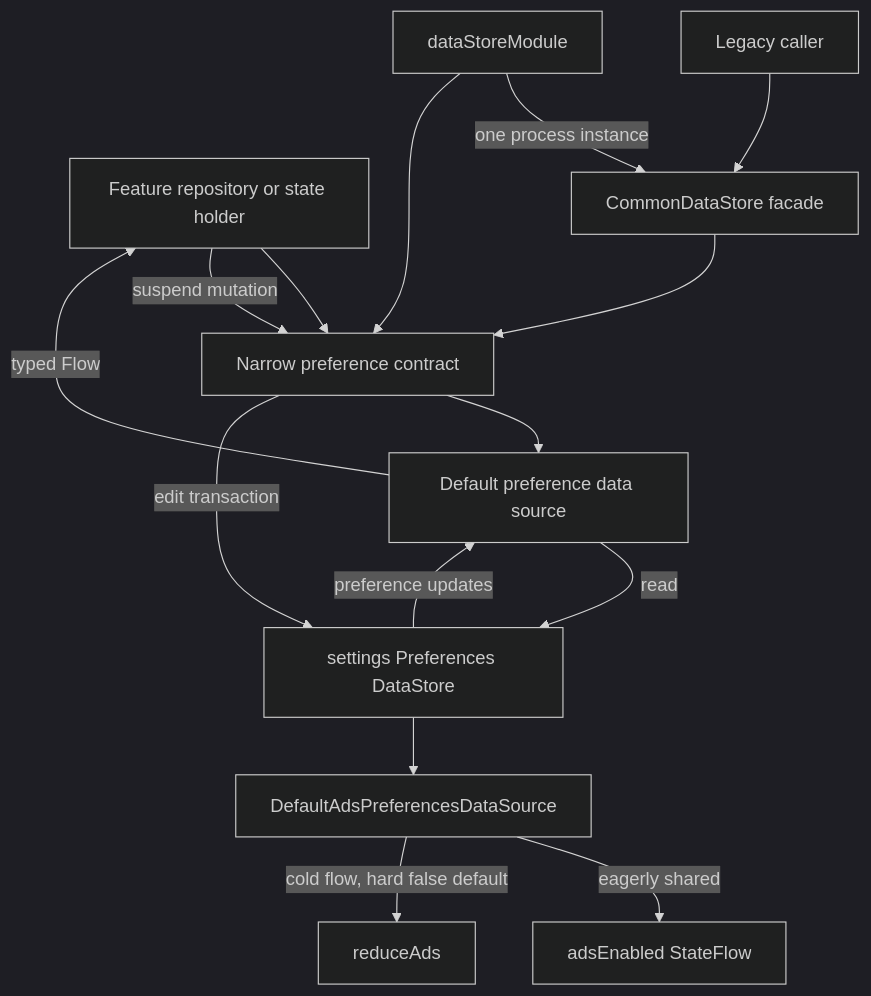
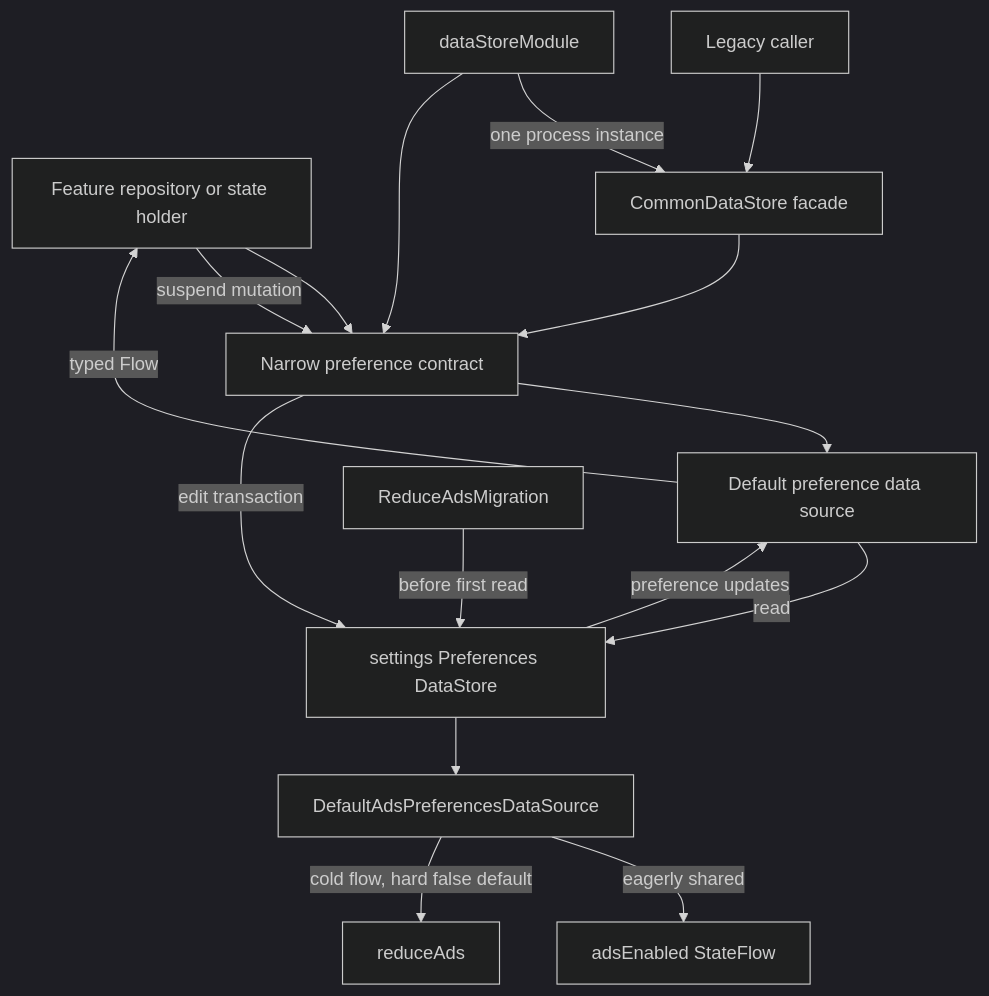
Before and after one commit to MihaiCristianCondrea/App-Toolkit-for-Android: the diagram in library/core/datastore/README.md, drawn with Mermaid (dark theme). The commit also changed other lines of this file and 49 other files, not shown here.

First line of the commit message:
Reduce ads: keep the old screen, drop only app-open ads, migrate opt-outs

````diff
--- a/library/core/datastore/README.md
+++ b/library/core/datastore/README.md
@@ -42,17 +42,18 @@
 ```mermaid
 flowchart TD
     Caller[Feature repository or state holder] --> Narrow["Narrow preference contract"]
     Legacy[Legacy caller] --> Facade[CommonDataStore facade]
     Facade --> Narrow
     Narrow --> Source[Default preference data source]
     Source -->|read| Store["settings Preferences DataStore"]
     Caller -->|suspend mutation| Narrow
     Narrow -->|edit transaction| Store
     Store -->|preference updates| Source
     Source -->|typed Flow| Caller
     Ads[DefaultAdsPreferencesDataSource] -->|eagerly shared| AdsState[adsEnabled StateFlow]
     Ads -->|cold flow, hard false default| Reduce[reduceAds]
+    Migrations[ReduceAdsMigration] -->|before first read| Store
     Store --> Ads
     Module[dataStoreModule] -->|one process instance| Facade
     Module --> Narrow
 ```
````
